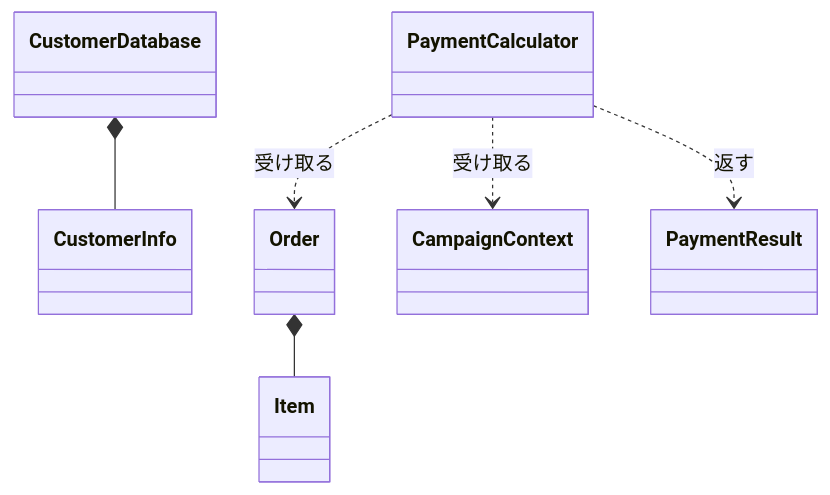
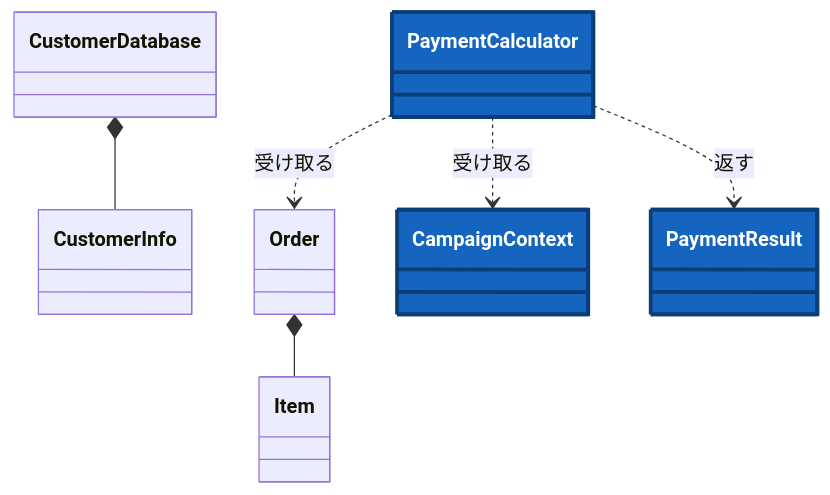
One commit to kumachan1101-pixel/DesignPattern changed the ninth of 14 diagrams in kindle/design-patterns/books/volume01-core-patterns/output/03-chapter01.md. Above: the diagram before and after it, drawn with Mermaid. The commit also changed other lines of this file and 19 other files, not shown here.

First line of the commit message:
図の変更箇所を色で示し、変更前後の対比の説明構造をそろえる

````diff
--- a/kindle/design-patterns/books/volume01-core-patterns/output/03-chapter01.md
+++ b/kindle/design-patterns/books/volume01-core-patterns/output/03-chapter01.md
@@ -1942,16 +1952,18 @@
 ```mermaid
 classDiagram
     direction TB
     class Order
     class Item
     class CustomerInfo
     class CustomerDatabase
-    class CampaignContext
-    class PaymentResult
-    class PaymentCalculator
+    class CampaignContext:::changed
+    class PaymentResult:::changed
+    class PaymentCalculator:::changed
     Order *-- Item
     CustomerDatabase *-- CustomerInfo
     PaymentCalculator ..> Order : 受け取る
     PaymentCalculator ..> CampaignContext : 受け取る
     PaymentCalculator ..> PaymentResult : 返す
+
+    classDef changed fill:#1565c0,stroke:#0b3d76,stroke-width:3px,color:#ffffff;
 ```
````
